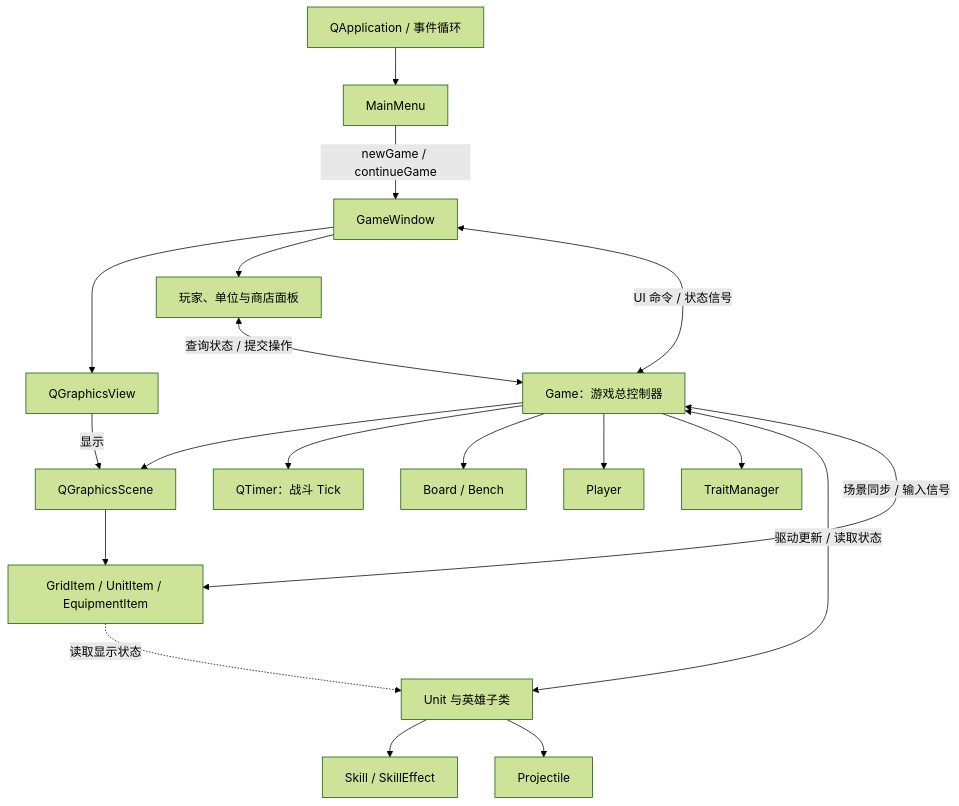
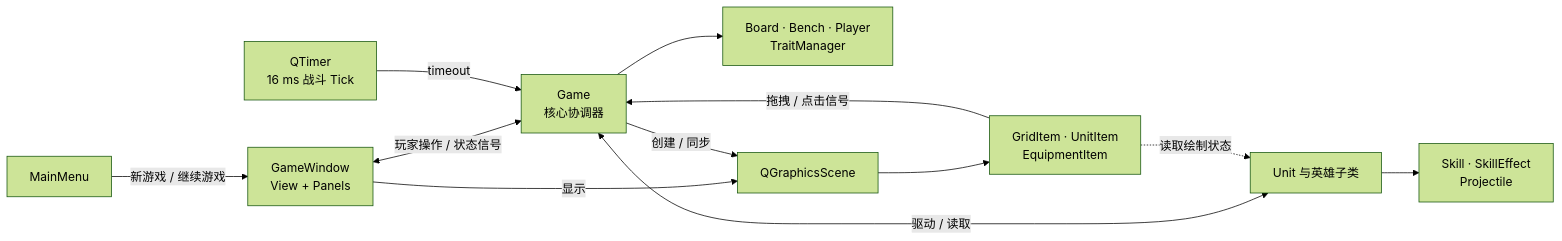
Before and after one commit to luck-lak/Synera--Synergy-Auto-Arena: the second of 3 diagrams in README.md, drawn with Mermaid (forest theme). The commit also changed other lines of this file, not shown here.

````diff
--- a/README.md
+++ b/README.md
@@ -153,21 +178,16 @@
 ```mermaid
-flowchart TD
-    App["QApplication / 事件循环"] --> Menu["MainMenu"]
-    Menu -->|newGame / continueGame| Window["GameWindow"]
-    Window --> View["QGraphicsView"]
-    Window --> Panels["玩家、单位与商店面板"]
-    Window <-->|"UI 命令 / 状态信号"| Game["Game：游戏总控制器"]
-    View -->|显示| Scene
-    Panels <-->|"查询状态 / 提交操作"| Game
-    Game --> Scene["QGraphicsScene"]
-    Game --> Timer["QTimer：战斗 Tick"]
-    Game --> Board["Board / Bench"]
-    Game --> Player["Player"]
-    Game --> Traits["TraitManager"]
-    Game <-->|"驱动更新 / 读取状态"| Units["Unit 与英雄子类"]
-    Units --> Skills["Skill / SkillEffect"]
-    Units --> Projectiles["Projectile"]
-    Scene --> Items["GridItem / UnitItem / EquipmentItem"]
-    Game <-->|"场景同步 / 输入信号"| Items
-    Items -. 读取显示状态 .-> Units
+flowchart LR
+    Menu["MainMenu"] -->|新游戏 / 继续游戏| UI["GameWindow<br/>View + Panels"]
+    UI <-->|玩家操作 / 状态信号| Game["Game<br/>核心协调器"]
+    Timer["QTimer<br/>16 ms 战斗 Tick"] -->|timeout| Game
+
+    Game --> State["Board · Bench · Player<br/>TraitManager"]
+    Game <-->|驱动 / 读取| Units["Unit 与英雄子类"]
+    Units --> Combat["Skill · SkillEffect<br/>Projectile"]
+
+    UI -->|显示| Scene["QGraphicsScene"]
+    Game -->|创建 / 同步| Scene
+    Scene --> Items["GridItem · UnitItem<br/>EquipmentItem"]
+    Items -->|拖拽 / 点击信号| Game
+    Items -. 读取绘制状态 .-> Units
 ```
````
